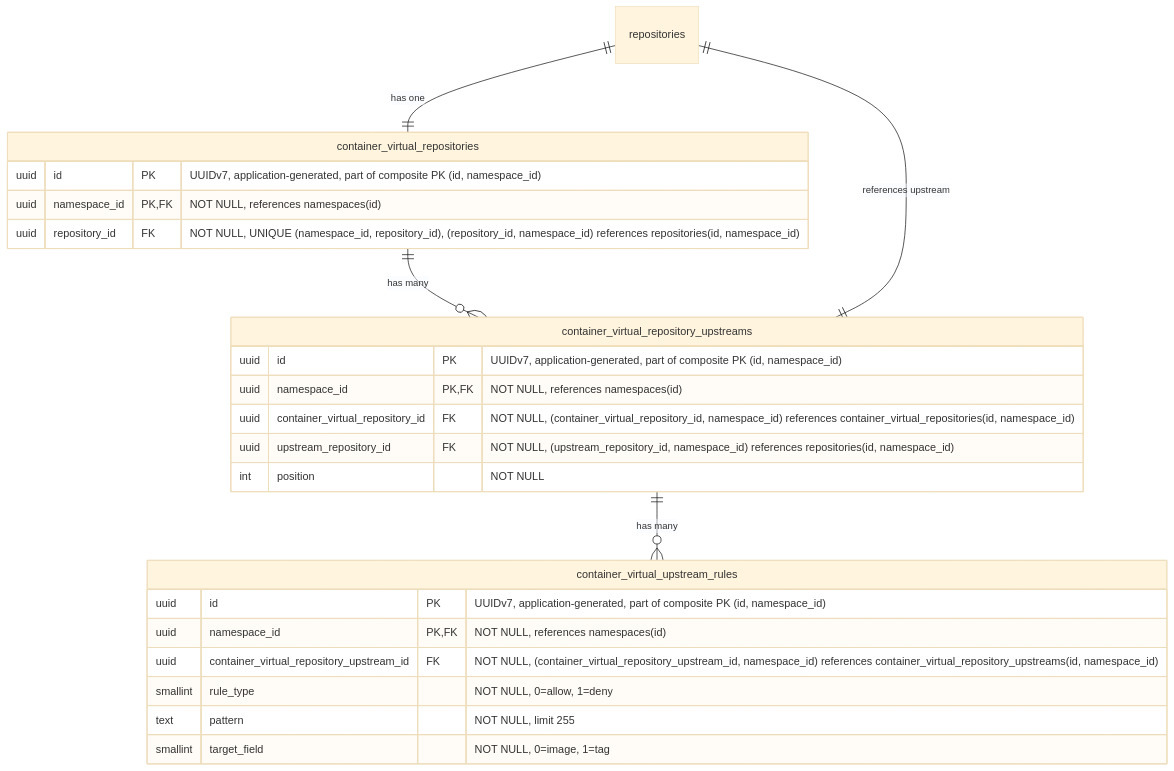
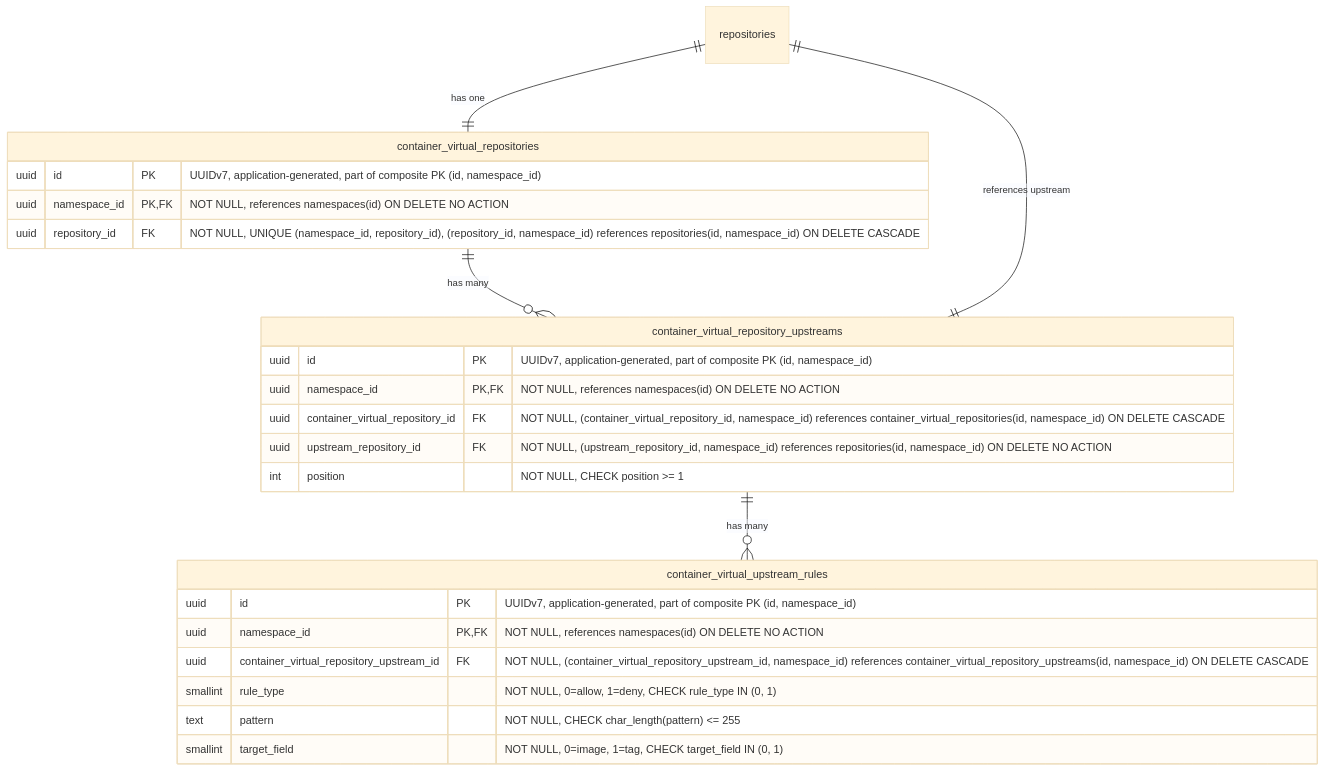
Before and after one commit to kyama0/gitlab-handbook-ja: the ninth of 19 diagrams in content/handbook/engineering/architecture/design-documents/artifact_registry/decisions/007_database_schema.md, drawn with Mermaid (base theme). The commit also changed other lines of this file and 90 other files, not shown here.

````diff
--- a/content/handbook/engineering/architecture/design-documents/artifact_registry/decisions/007_database_schema.md
+++ b/content/handbook/engineering/architecture/design-documents/artifact_registry/decisions/007_database_schema.md
@@ -725,30 +732,30 @@
 ```mermaid
 erDiagram
     repositories ||--|| container_virtual_repositories : "has one"
     container_virtual_repositories ||--o{ container_virtual_repository_upstreams : "has many"
     container_virtual_repository_upstreams ||--|| repositories : "references upstream"
     container_virtual_repository_upstreams ||--o{ container_virtual_upstream_rules : "has many"
 
     container_virtual_repositories {
         uuid id PK "UUIDv7, application-generated, part of composite PK (id, namespace_id)"
-        uuid namespace_id PK,FK "NOT NULL, references namespaces(id)"
-        uuid repository_id FK "NOT NULL, UNIQUE (namespace_id, repository_id), (repository_id, namespace_id) references repositories(id, namespace_id)"
+        uuid namespace_id PK,FK "NOT NULL, references namespaces(id) ON DELETE NO ACTION"
+        uuid repository_id FK "NOT NULL, UNIQUE (namespace_id, repository_id), (repository_id, namespace_id) references repositories(id, namespace_id) ON DELETE CASCADE"
     }
 
     container_virtual_repository_upstreams {
         uuid id PK "UUIDv7, application-generated, part of composite PK (id, namespace_id)"
-        uuid namespace_id PK,FK "NOT NULL, references namespaces(id)"
-        uuid container_virtual_repository_id FK "NOT NULL, (container_virtual_repository_id, namespace_id) references container_virtual_repositories(id, namespace_id)"
-        uuid upstream_repository_id FK "NOT NULL, (upstream_repository_id, namespace_id) references repositories(id, namespace_id)"
-        int position "NOT NULL"
+        uuid namespace_id PK,FK "NOT NULL, references namespaces(id) ON DELETE NO ACTION"
+        uuid container_virtual_repository_id FK "NOT NULL, (container_virtual_repository_id, namespace_id) references container_virtual_repositories(id, namespace_id) ON DELETE CASCADE"
+        uuid upstream_repository_id FK "NOT NULL, (upstream_repository_id, namespace_id) references repositories(id, namespace_id) ON DELETE NO ACTION"
+        int position "NOT NULL, CHECK position >= 1"
     }
 
     container_virtual_upstream_rules {
         uuid id PK "UUIDv7, application-generated, part of composite PK (id, namespace_id)"
-        uuid namespace_id PK,FK "NOT NULL, references namespaces(id)"
-        uuid container_virtual_repository_upstream_id FK "NOT NULL, (container_virtual_repository_upstream_id, namespace_id) references container_virtual_repository_upstreams(id, namespace_id)"
-        smallint rule_type "NOT NULL, 0=allow, 1=deny"
-        text pattern "NOT NULL, limit 255"
-        smallint target_field "NOT NULL, 0=image, 1=tag"
+        uuid namespace_id PK,FK "NOT NULL, references namespaces(id) ON DELETE NO ACTION"
+        uuid container_virtual_repository_upstream_id FK "NOT NULL, (container_virtual_repository_upstream_id, namespace_id) references container_virtual_repository_upstreams(id, namespace_id) ON DELETE CASCADE"
+        smallint rule_type "NOT NULL, 0=allow, 1=deny, CHECK rule_type IN (0, 1)"
+        text pattern "NOT NULL, CHECK char_length(pattern) <= 255"
+        smallint target_field "NOT NULL, 0=image, 1=tag, CHECK target_field IN (0, 1)"
     }
 ```
````
